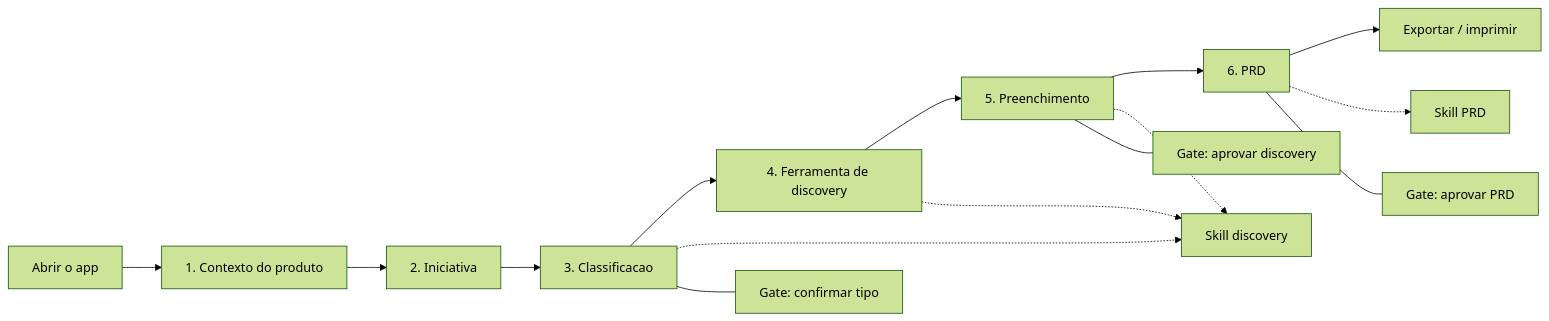
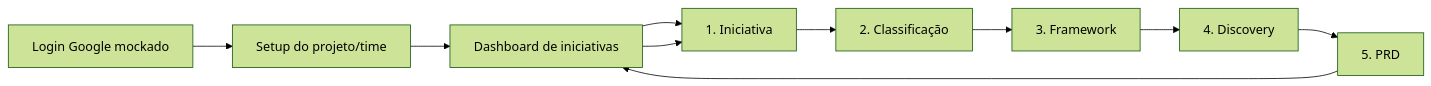
Before and after one commit to julianaft/Product-AI-Workflow: the diagram in docs/JORNADA_DO_USUARIO.md, drawn with Mermaid (forest theme). The commit also changed other lines of this file and 19 other files, not shown here.

Commit message:
Adiciona login mockado e setup reutilizavel por projeto

````diff
--- a/docs/JORNADA_DO_USUARIO.md
+++ b/docs/JORNADA_DO_USUARIO.md
@@ -17,19 +8,12 @@
 ```mermaid
 flowchart LR
-  open[Abrir o app] --> e1[1. Contexto do produto]
-  e1 --> e2[2. Iniciativa]
-  e2 --> e3[3. Classificacao]
-  e3 --> e4[4. Ferramenta de discovery]
-  e4 --> e5[5. Preenchimento]
-  e5 --> e6[6. PRD]
-  e6 --> done[Exportar / imprimir]
-
-  e3 -.-> skillD[Skill discovery]
-  e4 -.-> skillD
-  e5 -.-> skillD
-  e6 -.-> skillP[Skill PRD]
-
-  e3 --- gate3[Gate: confirmar tipo]
-  e5 --- gate5[Gate: aprovar discovery]
-  e6 --- gate6[Gate: aprovar PRD]
+  login[Login Google mockado] --> setup[Setup do projeto/time]
+  setup --> dashboard[Dashboard de iniciativas]
+  dashboard --> initiative[1. Iniciativa]
+  initiative --> classify[2. Classificação]
+  classify --> method[3. Framework]
+  method --> discovery[4. Discovery]
+  discovery --> prd[5. PRD]
+  prd --> dashboard
+  dashboard --> initiative
 ```
````
